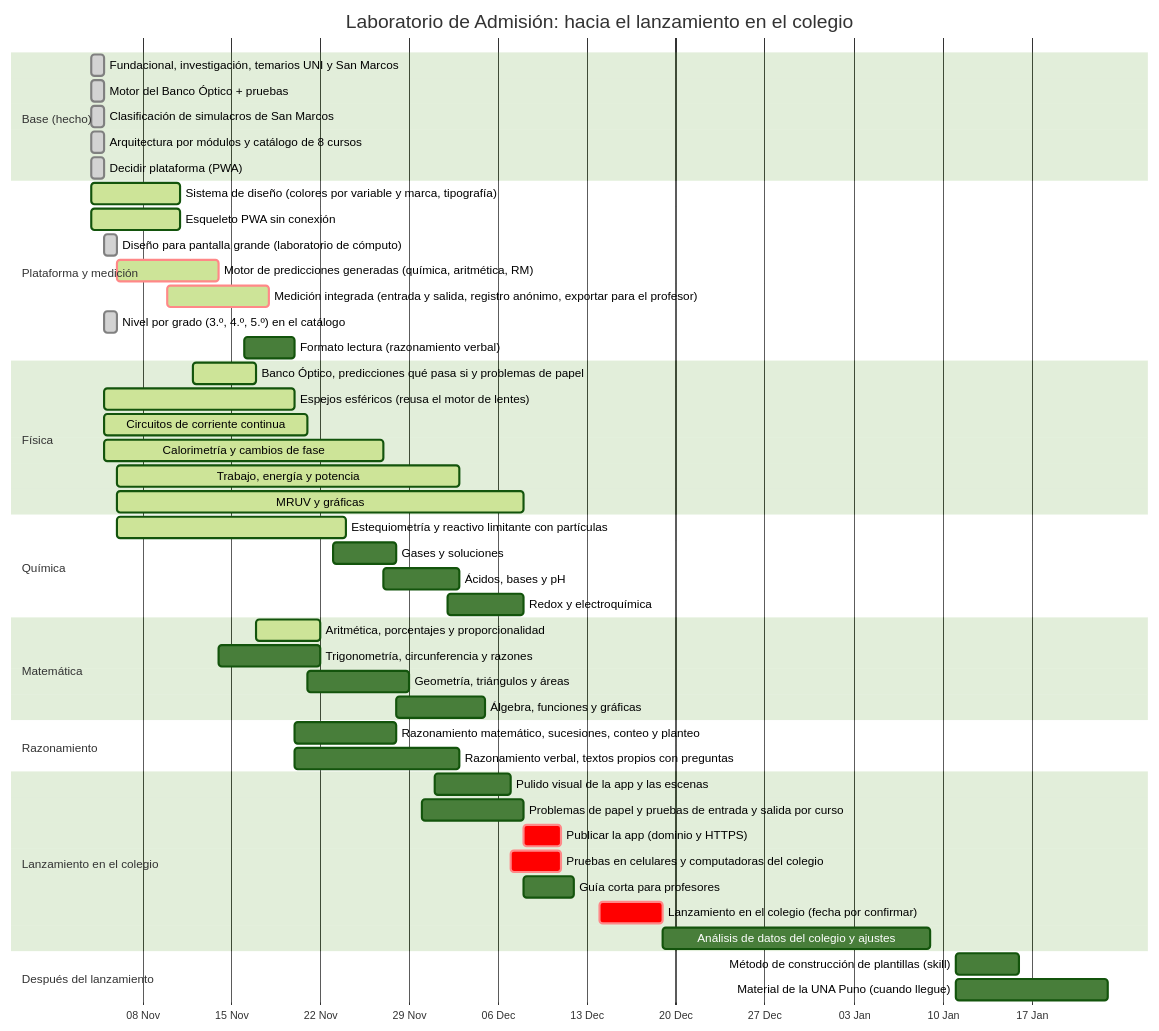
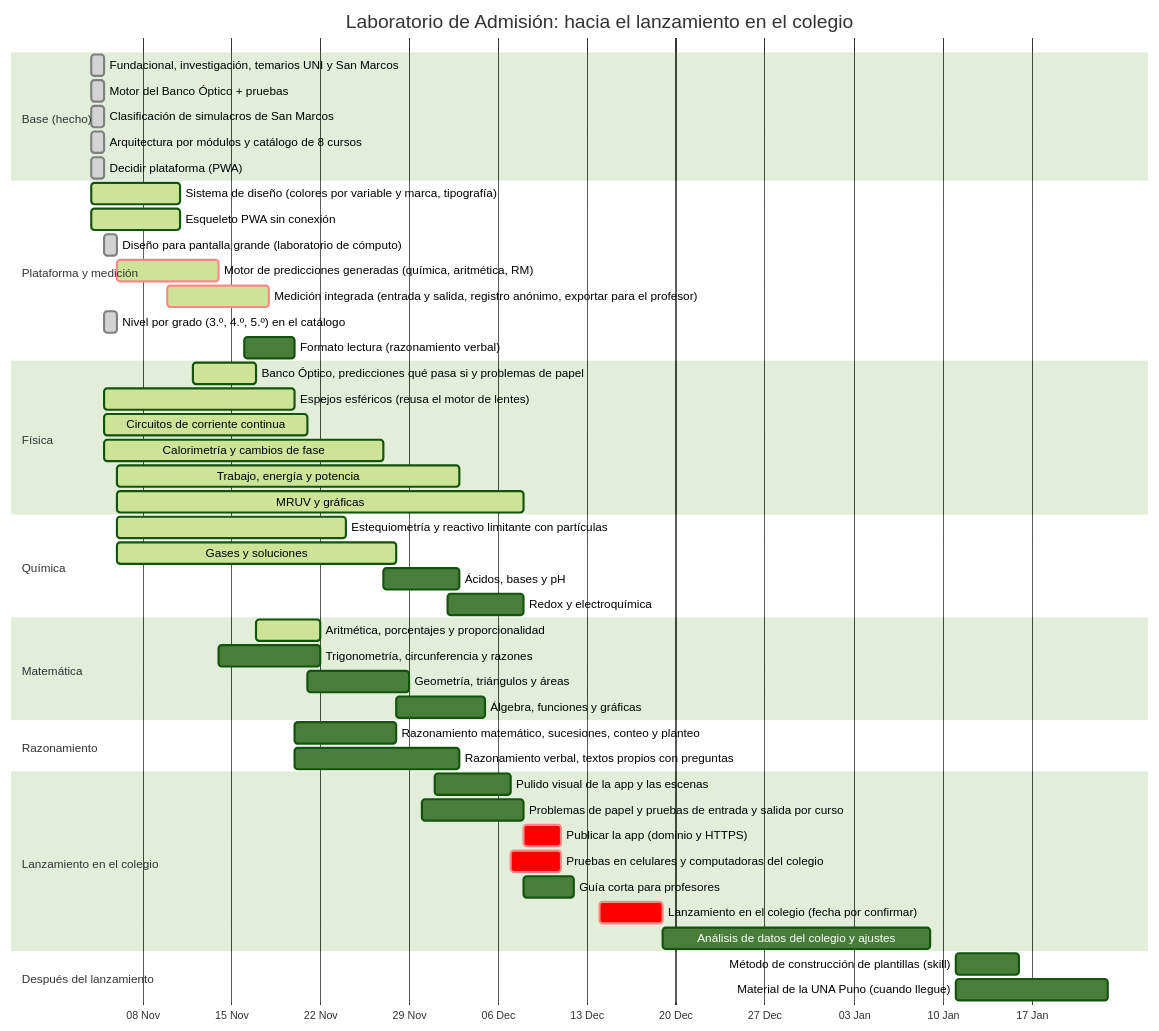
Before and after one commit to Eltiokarma/Mesa-de-Estudios: the diagram in docs/hoja-de-ruta.md, drawn with Mermaid (forest theme). The commit also changed 13 other files, not shown here.

````diff
--- a/docs/hoja-de-ruta.md
+++ b/docs/hoja-de-ruta.md
@@ -52,59 +52,59 @@
 ```mermaid
 gantt
     title Laboratorio de Admisión: hacia el lanzamiento en el colegio
     dateFormat  YYYY-MM-DD
     axisFormat  %d %b
 
     section Base (hecho)
     Fundacional, investigación, temarios UNI y San Marcos :done, f0a, 2026-11-04, 2026-11-05
     Motor del Banco Óptico + pruebas :done, f0b, 2026-11-04, 2026-11-05
     Clasificación de simulacros de San Marcos :done, f0c, 2026-11-04, 2026-11-05
     Arquitectura por módulos y catálogo de 8 cursos :done, f0g, 2026-11-04, 2026-11-05
     Decidir plataforma (PWA) :done, f0d, 2026-11-04, 2026-11-05
 
     section Plataforma y medición
     Sistema de diseño (colores por variable y marca, tipografía) :active, f0e, 2026-11-04, 2026-11-11
     Esqueleto PWA sin conexión :active, f0f, 2026-11-04, 2026-11-11
     Diseño para pantalla grande (laboratorio de cómputo) :done, pl1, 2026-11-05, 2026-11-06
     Motor de predicciones generadas (química, aritmética, RM) :active, crit, pl3, 2026-11-06, 2026-11-14
     Medición integrada (entrada y salida, registro anónimo, exportar para el profesor) :active, crit, pl2, 2026-11-10, 2026-11-18
     Nivel por grado (3.º, 4.º, 5.º) en el catálogo :done, pl5, 2026-11-05, 2026-11-06
     Formato lectura (razonamiento verbal) :pl4, 2026-11-16, 2026-11-20
 
     section Física
     Banco Óptico, predicciones qué pasa si y problemas de papel :active, fi1, 2026-11-12, 2026-11-17
     Espejos esféricos (reusa el motor de lentes) :active, fi5, 2026-11-05, 2026-11-20
     Circuitos de corriente continua :active, fi2, 2026-11-05, 2026-11-21
     Calorimetría y cambios de fase :active, fi3, 2026-11-05, 2026-11-27
     Trabajo, energía y potencia :active, fi4, 2026-11-06, 2026-12-03
     MRUV y gráficas :active, fi6, 2026-11-06, 2026-12-08
 
     section Química
     Estequiometría y reactivo limitante con partículas :active, qu1, 2026-11-06, 2026-11-24
-    Gases y soluciones :qu2, 2026-11-23, 2026-11-28
+    Gases y soluciones :active, qu2, 2026-11-06, 2026-11-28
     Ácidos, bases y pH :qu3, 2026-11-27, 2026-12-03
     Redox y electroquímica :qu4, 2026-12-02, 2026-12-08
 
     section Matemática
     Aritmética, porcentajes y proporcionalidad :active, ma4, 2026-11-17, 2026-11-22
     Trigonometría, circunferencia y razones :ma1, 2026-11-14, 2026-11-22
     Geometría, triángulos y áreas :ma2, 2026-11-21, 2026-11-29
     Álgebra, funciones y gráficas :ma3, 2026-11-28, 2026-12-05
 
     section Razonamiento
     Razonamiento matemático, sucesiones, conteo y planteo :ra1, 2026-11-20, 2026-11-28
     Razonamiento verbal, textos propios con preguntas :ra2, 2026-11-20, 2026-12-03
 
     section Lanzamiento en el colegio
     Pulido visual de la app y las escenas :pl6, 2026-12-01, 2026-12-07
     Problemas de papel y pruebas de entrada y salida por curso :la1, 2026-11-30, 2026-12-08
     Publicar la app (dominio y HTTPS) :crit, la3, 2026-12-08, 2026-12-11
     Pruebas en celulares y computadoras del colegio :crit, la2, 2026-12-07, 2026-12-11
     Guía corta para profesores :la4, 2026-12-08, 2026-12-12
     Lanzamiento en el colegio (fecha por confirmar) :crit, la5, 2026-12-14, 2026-12-19
     Análisis de datos del colegio y ajustes :la6, 2026-12-19, 2027-01-09
 
     section Después del lanzamiento
     Método de construcción de plantillas (skill) :f2a, 2027-01-11, 2027-01-16
     Material de la UNA Puno (cuando llegue) :f2c, 2027-01-11, 2027-01-23
 ```
````
